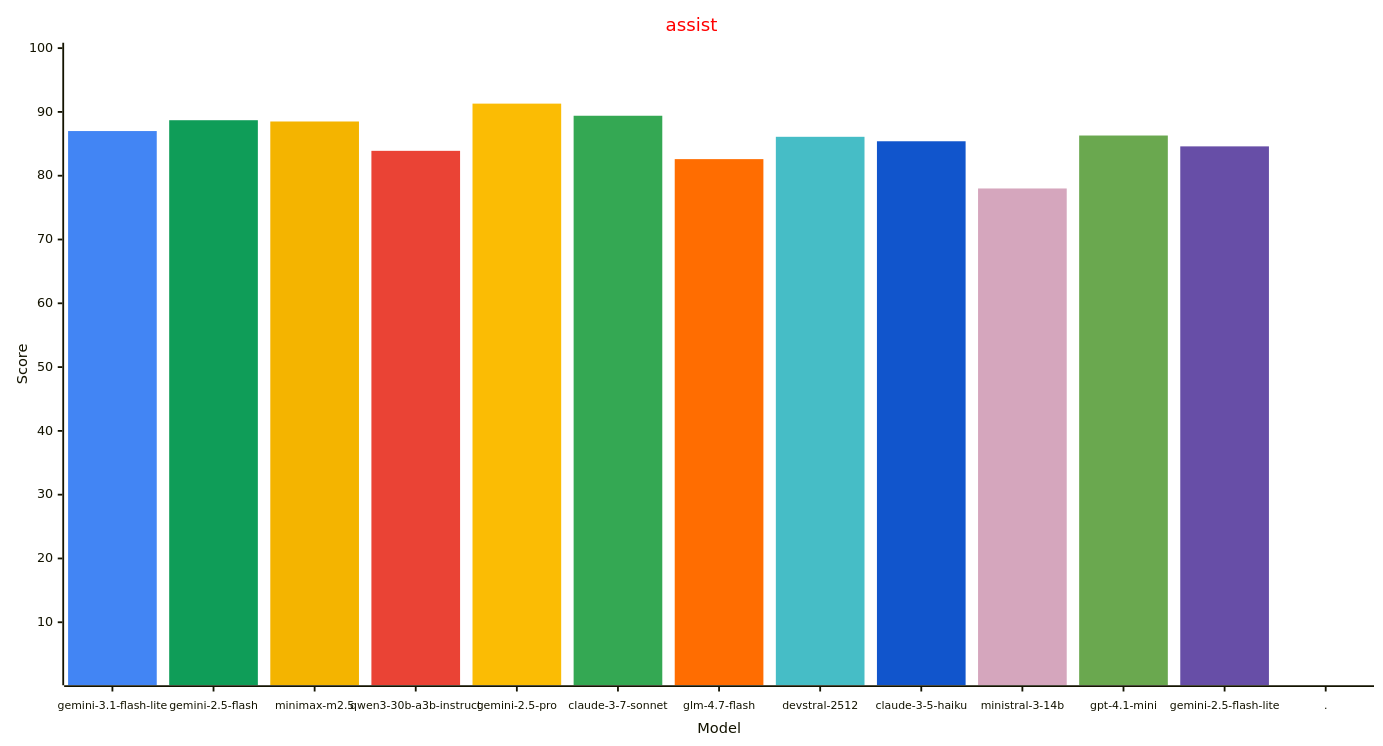
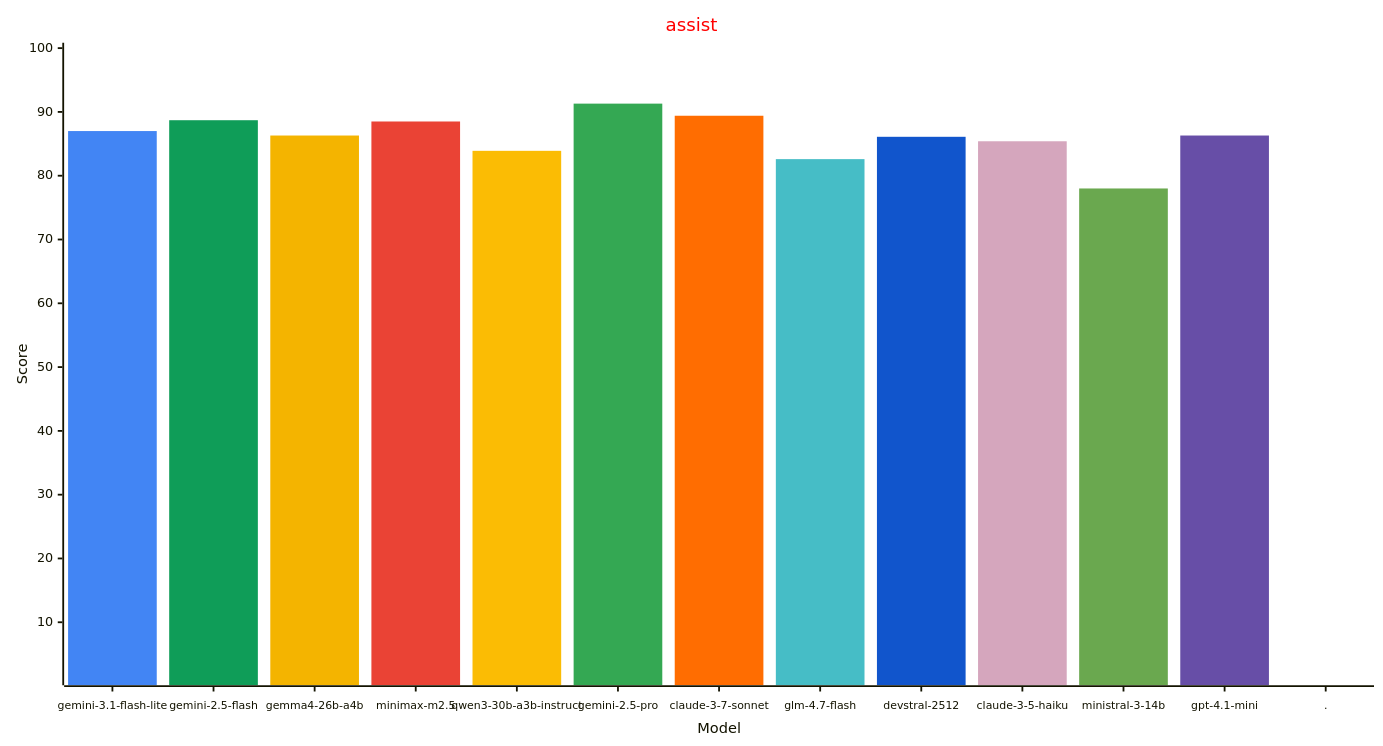
One commit to allenporter/home-assistant-datasets changed the first of 4 diagrams in reports/README.md. Above: the diagram before and after it, drawn with Mermaid. The commit also changed other lines of this file, not shown here.

````diff
--- a/reports/README.md
+++ b/reports/README.md
@@ -59,33 +60,33 @@
 ```mermaid
 ---
 config:
     xyChart:
         width: 1500
         height: 800
         xAxis:
           labelFontSize: 12
           labelPadding: 8
     themeVariables:
         xyChart:
             titleColor: "#ff0000"
             plotColorPalette: "#4285f4, #0f9d58, #f4b400, #ea4335, #fbbc04, #34a853, #ff6d01, #46bdc6, #1155cc, #d5a6bd, #6aa84f, #674ea7, #4285f4"
 
 ---
 xychart-beta
   title "assist"
-  x-axis "Model" [gemini-3.1-flash-lite, gemini-2.5-flash, minimax-m2.5, qwen3-30b-a3b-instruct, gemini-2.5-pro, claude-3-7-sonnet, glm-4.7-flash, devstral-2512, claude-3-5-haiku, ministral-3-14b, gpt-4.1-mini, gemini-2.5-flash-lite, .]
+  x-axis "Model" [gemini-3.1-flash-lite, gemini-2.5-flash, gemma4-26b-a4b, minimax-m2.5, qwen3-30b-a3b-instruct, gemini-2.5-pro, claude-3-7-sonnet, glm-4.7-flash, devstral-2512, claude-3-5-haiku, ministral-3-14b, gpt-4.1-mini, .]
   y-axis "Score" 1 --> 100
   bar [87.0, 0.0, 0.0, 0.0, 0.0, 0.0, 0.0, 0.0, 0.0, 0.0, 0.0, 0.0, 0.0]
   bar [0.0, 88.7, 0.0, 0.0, 0.0, 0.0, 0.0, 0.0, 0.0, 0.0, 0.0, 0.0, 0.0]
-  bar [0.0, 0.0, 88.5, 0.0, 0.0, 0.0, 0.0, 0.0, 0.0, 0.0, 0.0, 0.0, 0.0]
-  bar [0.0, 0.0, 0.0, 83.9, 0.0, 0.0, 0.0, 0.0, 0.0, 0.0, 0.0, 0.0, 0.0]
-  bar [0.0, 0.0, 0.0, 0.0, 91.3, 0.0, 0.0, 0.0, 0.0, 0.0, 0.0, 0.0, 0.0]
-  bar [0.0, 0.0, 0.0, 0.0, 0.0, 89.4, 0.0, 0.0, 0.0, 0.0, 0.0, 0.0, 0.0]
-  bar [0.0, 0.0, 0.0, 0.0, 0.0, 0.0, 82.6, 0.0, 0.0, 0.0, 0.0, 0.0, 0.0]
-  bar [0.0, 0.0, 0.0, 0.0, 0.0, 0.0, 0.0, 86.1, 0.0, 0.0, 0.0, 0.0, 0.0]
-  bar [0.0, 0.0, 0.0, 0.0, 0.0, 0.0, 0.0, 0.0, 85.4, 0.0, 0.0, 0.0, 0.0]
-  bar [0.0, 0.0, 0.0, 0.0, 0.0, 0.0, 0.0, 0.0, 0.0, 78.0, 0.0, 0.0, 0.0]
-  bar [0.0, 0.0, 0.0, 0.0, 0.0, 0.0, 0.0, 0.0, 0.0, 0.0, 86.3, 0.0, 0.0]
-  bar [0.0, 0.0, 0.0, 0.0, 0.0, 0.0, 0.0, 0.0, 0.0, 0.0, 0.0, 84.6, 0.0]
+  bar [0.0, 0.0, 86.3, 0.0, 0.0, 0.0, 0.0, 0.0, 0.0, 0.0, 0.0, 0.0, 0.0]
+  bar [0.0, 0.0, 0.0, 88.5, 0.0, 0.0, 0.0, 0.0, 0.0, 0.0, 0.0, 0.0, 0.0]
+  bar [0.0, 0.0, 0.0, 0.0, 83.9, 0.0, 0.0, 0.0, 0.0, 0.0, 0.0, 0.0, 0.0]
+  bar [0.0, 0.0, 0.0, 0.0, 0.0, 91.3, 0.0, 0.0, 0.0, 0.0, 0.0, 0.0, 0.0]
+  bar [0.0, 0.0, 0.0, 0.0, 0.0, 0.0, 89.4, 0.0, 0.0, 0.0, 0.0, 0.0, 0.0]
+  bar [0.0, 0.0, 0.0, 0.0, 0.0, 0.0, 0.0, 82.6, 0.0, 0.0, 0.0, 0.0, 0.0]
+  bar [0.0, 0.0, 0.0, 0.0, 0.0, 0.0, 0.0, 0.0, 86.1, 0.0, 0.0, 0.0, 0.0]
+  bar [0.0, 0.0, 0.0, 0.0, 0.0, 0.0, 0.0, 0.0, 0.0, 85.4, 0.0, 0.0, 0.0]
+  bar [0.0, 0.0, 0.0, 0.0, 0.0, 0.0, 0.0, 0.0, 0.0, 0.0, 78.0, 0.0, 0.0]
+  bar [0.0, 0.0, 0.0, 0.0, 0.0, 0.0, 0.0, 0.0, 0.0, 0.0, 0.0, 86.3, 0.0]
   bar [0.0, 0.0, 0.0, 0.0, 0.0, 0.0, 0.0, 0.0, 0.0, 0.0, 0.0, 0.0, -1.0]
 ```
````
